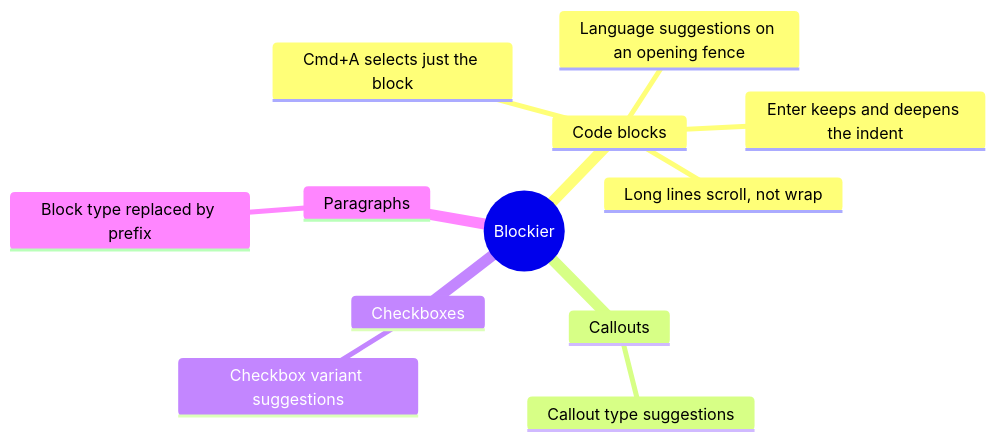
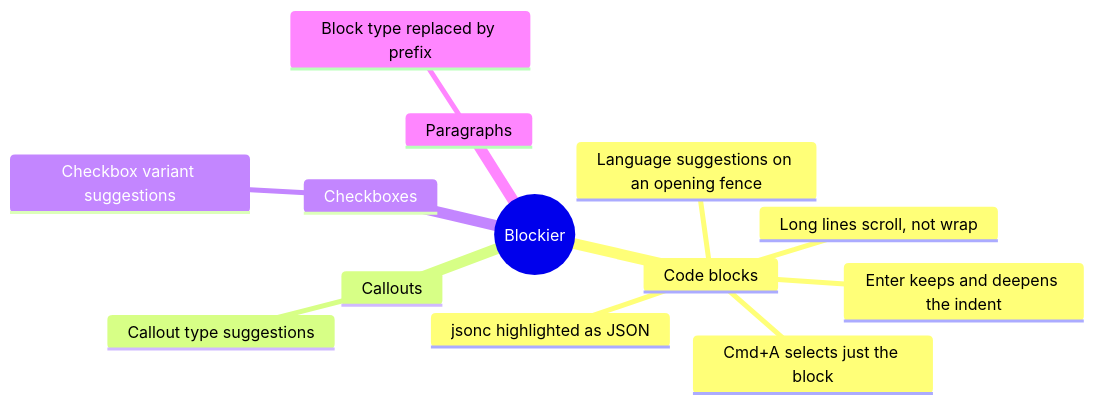
The sixth of 14 diagrams in README.md (zzzzzhowie/obsidian-plugin-toolkit), drawn with Mermaid before and after one commit. The commit also changed other lines of this file and 3 other files, not shown here.

First line of the commit message:
feat(blockier-enhanced): jsonc code blocks highlighted as JSON

````diff
--- a/README.md
+++ b/README.md
@@ -118,15 +118,16 @@
 ```mermaid
 mindmap
   root((Blockier))
     Code blocks
       Language suggestions on an opening fence
       Enter keeps and deepens the indent
       Cmd+A selects just the block
       Long lines scroll, not wrap
+      jsonc highlighted as JSON
     Callouts
       Callout type suggestions
     Checkboxes
       Checkbox variant suggestions
     Paragraphs
       Block type replaced by prefix
 ```
````
